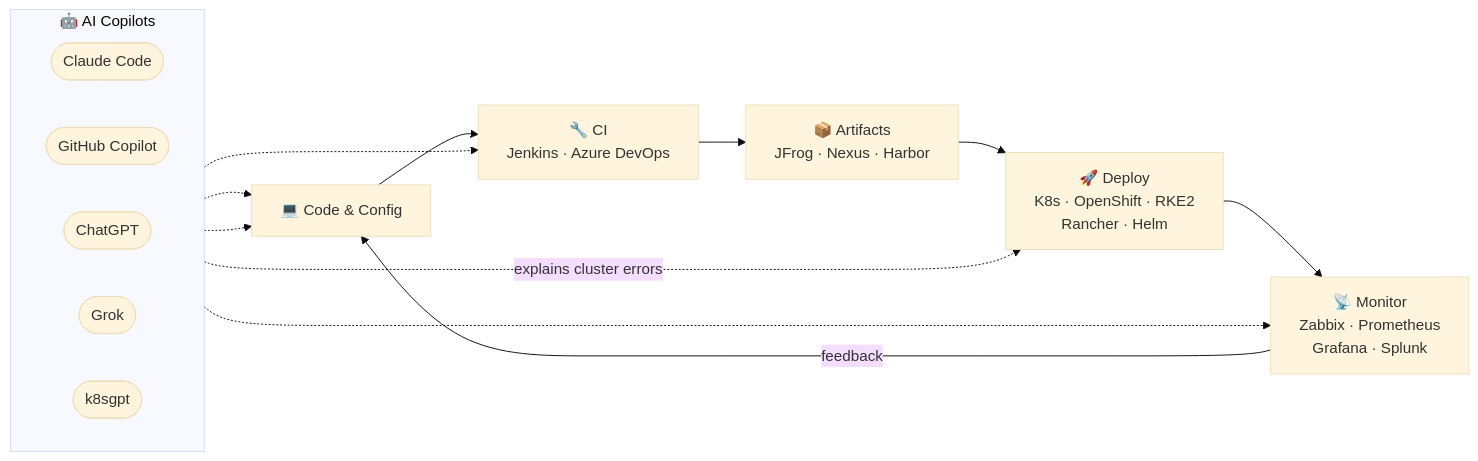
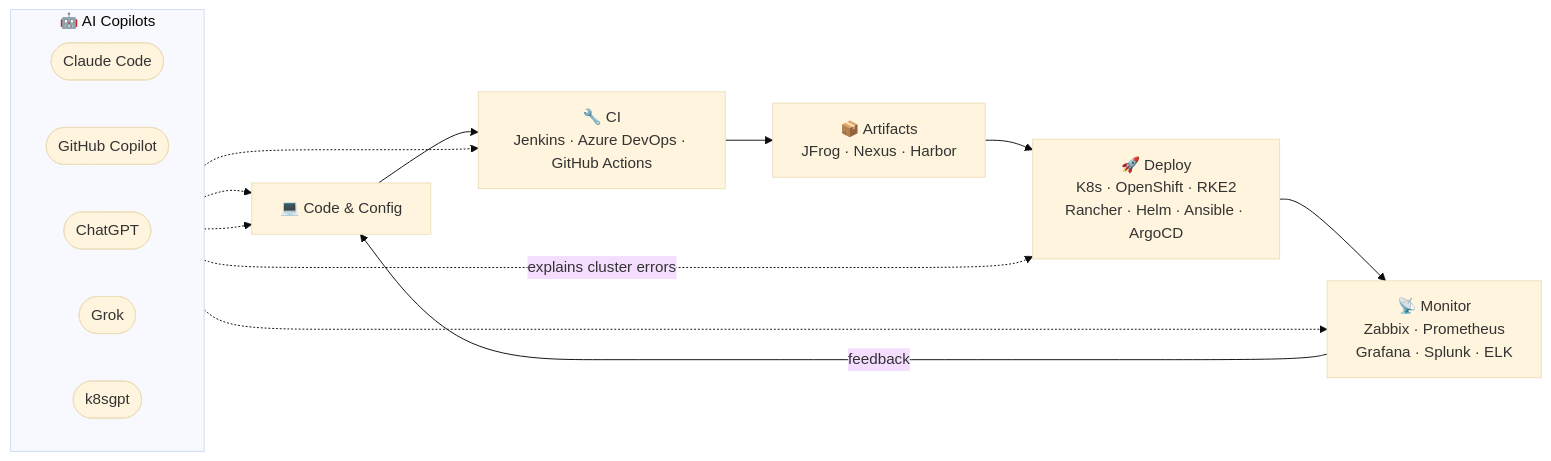
Before and after one commit to adirangel/adirangel: the diagram in README.md, drawn with Mermaid (base theme).

Commit message:
Enhance README with CI and deployment updates
Updated CI and deployment tools in the architecture diagram.

````diff
--- a/README.md
+++ b/README.md
@@ -49,23 +49,23 @@
 ```mermaid
 flowchart LR
     subgraph AILAYER["🤖 AI Copilots"]
         direction LR
         CL(["Claude Code"])
         CP(["GitHub Copilot"])
         GPT(["ChatGPT"])
         GR(["Grok"])
         KG(["k8sgpt"])
     end
 
-    DEV["💻 Code & Config"] --> CI["🔧 CI<br/>Jenkins · Azure DevOps"]
+    DEV["💻 Code & Config"] --> CI["🔧 CI<br/>Jenkins · Azure DevOps · GitHub Actions"]
     CI --> ART["📦 Artifacts<br/>JFrog · Nexus · Harbor"]
-    ART --> CD["🚀 Deploy<br/>K8s · OpenShift · RKE2<br/>Rancher · Helm"]
-    CD --> MON["📡 Monitor<br/>Zabbix · Prometheus<br/>Grafana · Splunk"]
+    ART --> CD["🚀 Deploy<br/>K8s · OpenShift · RKE2<br/>Rancher · Helm · Ansible · ArgoCD"]
+    CD --> MON["📡 Monitor<br/>Zabbix · Prometheus<br/>Grafana · Splunk · ELK"]
     MON -- feedback --> DEV
 
     CL -.-> DEV
     CP -.-> DEV
     GPT -.-> CI
     GR -.-> MON
     KG -. "explains cluster errors" .-> CD
 ```
````
